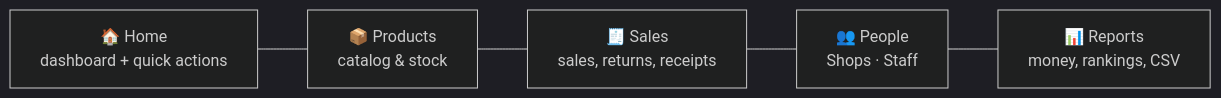
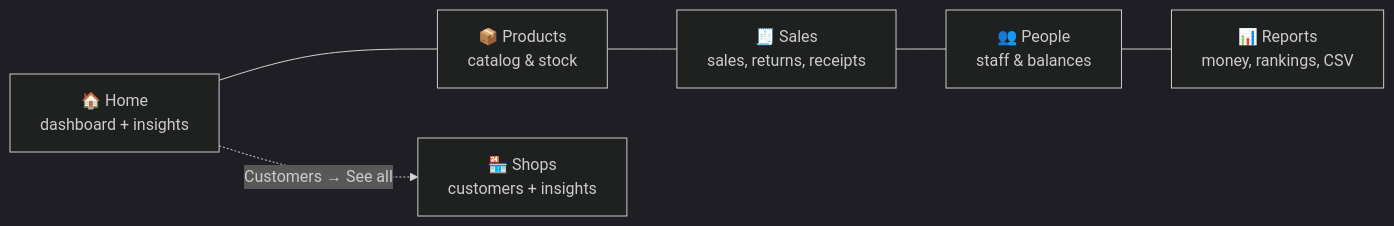
Before and after one commit to malikali001/store-management-app: the first of 2 diagrams in README.md, drawn with Mermaid (dark theme). The commit also changed other lines of this file, not shown here.

````diff
--- a/README.md
+++ b/README.md
@@ -30,10 +31,12 @@
 ```mermaid
 flowchart LR
-    Home["🏠 Home<br/>dashboard + quick actions"]
+    Home["🏠 Home<br/>dashboard + insights"]
     Products["📦 Products<br/>catalog & stock"]
     Sales["🧾 Sales<br/>sales, returns, receipts"]
-    People["👥 People<br/>Shops · Staff"]
+    People["👥 People<br/>staff & balances"]
     Reports["📊 Reports<br/>money, rankings, CSV"]
+    Shops["🏪 Shops<br/>customers + insights"]
 
     Home --- Products --- Sales --- People --- Reports
+    Home -.->|"Customers → See all"| Shops
 ```
````
